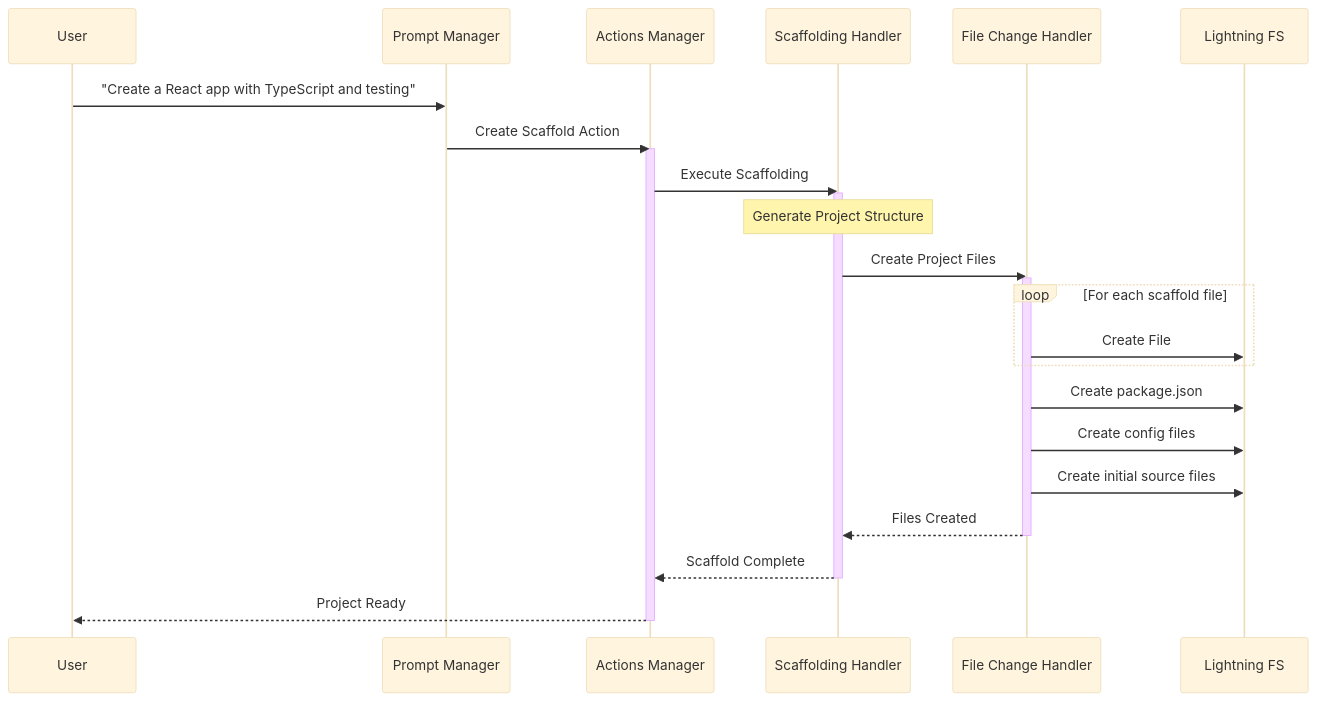
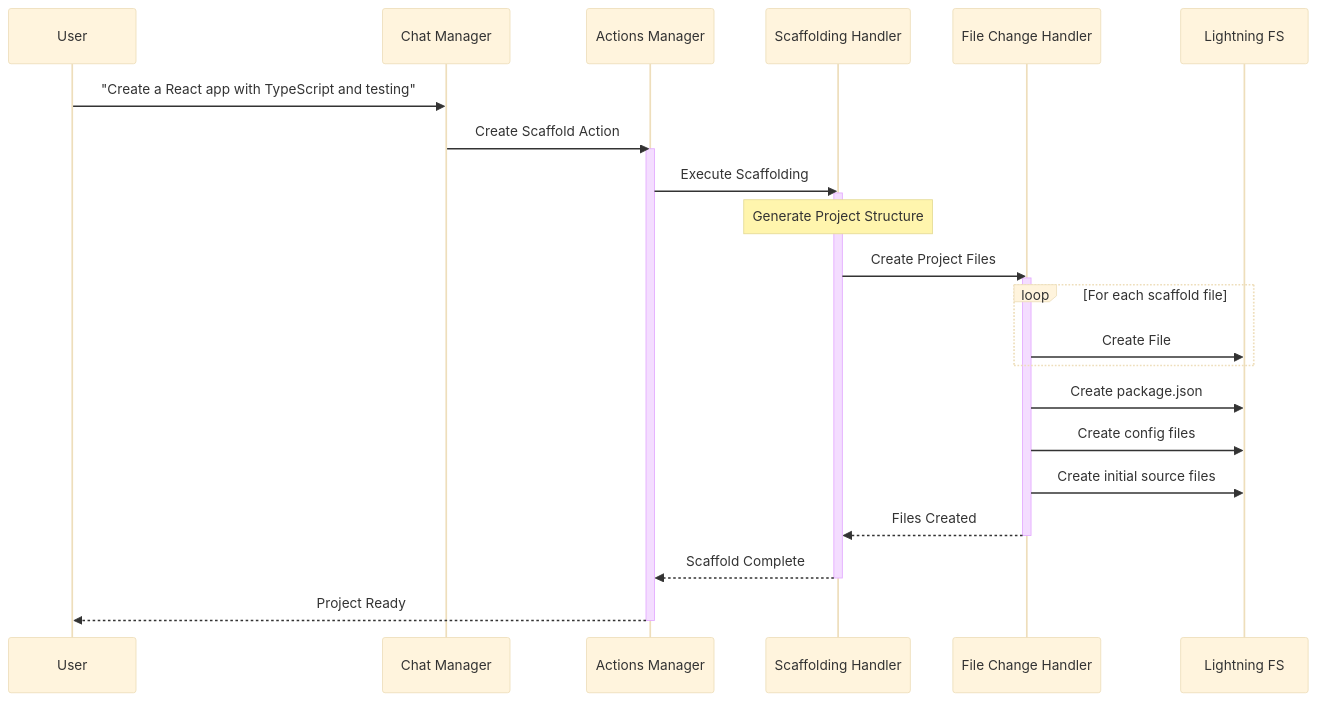
One commit to mrsimpson/piddie changed diagram 18 of 21 in architecture.md. Above: the diagram before and after it, drawn with Mermaid (base theme). The commit also changed other lines of this file, not shown here.

Commit message:
Architecture: Introduce dedicated context management

````diff
--- a/architecture.md
+++ b/architecture.md
@@ -1518,38 +1536,38 @@
 ```mermaid
 sequenceDiagram
     participant User
-    participant PM as Prompt Manager
+    participant CHM as Chat Manager
     participant AM as Actions Manager
     participant SH as Scaffolding Handler
     participant FCH as File Change Handler
     participant LFS as Lightning FS
 
-    User->>PM: "Create a React app with TypeScript and testing"
-    PM->>AM: Create Scaffold Action
+    User->>CHM: "Create a React app with TypeScript and testing"
+    CHM->>AM: Create Scaffold Action
     
     activate AM
     AM->>SH: Execute Scaffolding
     
     activate SH
     Note over SH: Generate Project Structure
     
     SH->>FCH: Create Project Files
     activate FCH
     
     loop For each scaffold file
         FCH->>LFS: Create File
     end
     
     FCH->>LFS: Create package.json
     FCH->>LFS: Create config files
     FCH->>LFS: Create initial source files
     
     FCH-->>SH: Files Created
     deactivate FCH
     
     SH-->>AM: Scaffold Complete
     deactivate SH
     
     AM-->>User: Project Ready
     deactivate AM
 ```
````
